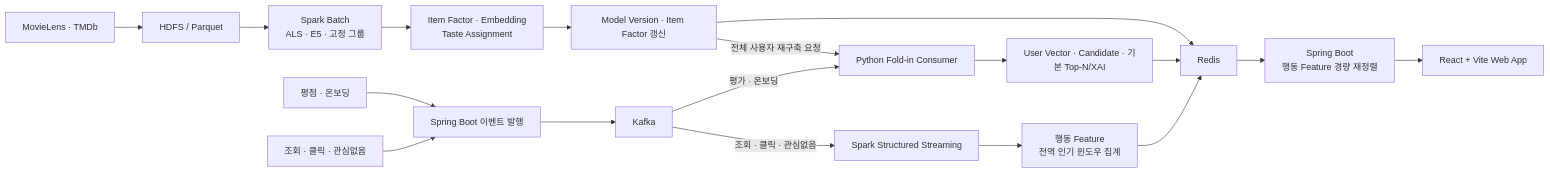
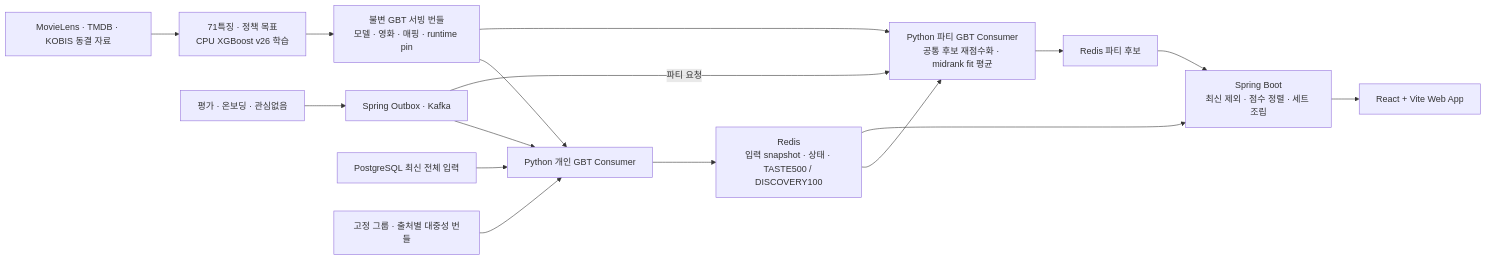
Before and after one commit to koongya-studio/feelm: the third of 3 diagrams in README.md, drawn with Mermaid. The commit also changed other lines of this file and 19 other files, not shown here.

````diff
--- a/README.md
+++ b/README.md
@@ -339,20 +352,18 @@
 ```mermaid
 flowchart LR
-    A["MovieLens · TMDb"] --> B["HDFS / Parquet"]
-    B --> C["Spark Batch<br/>ALS · E5 · 고정 그룹"]
-    C --> D["Item Factor · Embedding<br/>Taste Assignment"]
-    D --> E["Model Version · Item Factor 갱신"]
-    E --> F["Redis"]
-    G["평점 · 온보딩"] --> BEE["Spring Boot 이벤트 발행"]
-    BEE --> H["Kafka"]
-    H -->|"평가 · 온보딩"| I["Python Fold-in Consumer"]
-    E -->|"전체 사용자 재구축 요청"| I
-    I --> J["User Vector · Candidate · 기본 Top-N/XAI"]
-    J --> F
-    BH["조회 · 클릭 · 관심없음"] --> BEE
-    H -->|"조회 · 클릭 · 관심없음"| M["Spark Structured Streaming"]
-    M --> N["행동 Feature<br/>전역 인기 윈도우 집계"]
-    N --> F
-    F --> SB["Spring Boot<br/>행동 Feature 경량 재정렬"]
+    A["MovieLens · TMDB · KOBIS 동결 자료"] --> B["71특징 · 정책 목표<br/>CPU XGBoost v26 학습"]
+    B --> C["불변 GBT 서빙 번들<br/>모델 · 영화 · 매핑 · runtime pin"]
+    C --> I["Python 개인 GBT Consumer"]
+    G["평가 · 온보딩 · 관심없음"] --> H["Spring Outbox · Kafka"]
+    H --> I
+    DB["PostgreSQL 최신 전체 입력"] --> I
+    GROUP["고정 그룹 · 출처별 대중성 번들"] --> I
+    I --> F["Redis<br/>입력 snapshot · 상태 · TASTE500 / DISCOVERY100"]
+    F --> P["Python 파티 GBT Consumer<br/>공통 후보 재점수화 · midrank fit 평균"]
+    C --> P
+    H -->|"파티 요청"| P
+    P --> PR["Redis 파티 후보"]
+    F --> SB["Spring Boot<br/>최신 제외 · 점수 정렬 · 세트 조립"]
+    PR --> SB
     SB --> O["React + Vite Web App"]
 ```
````
